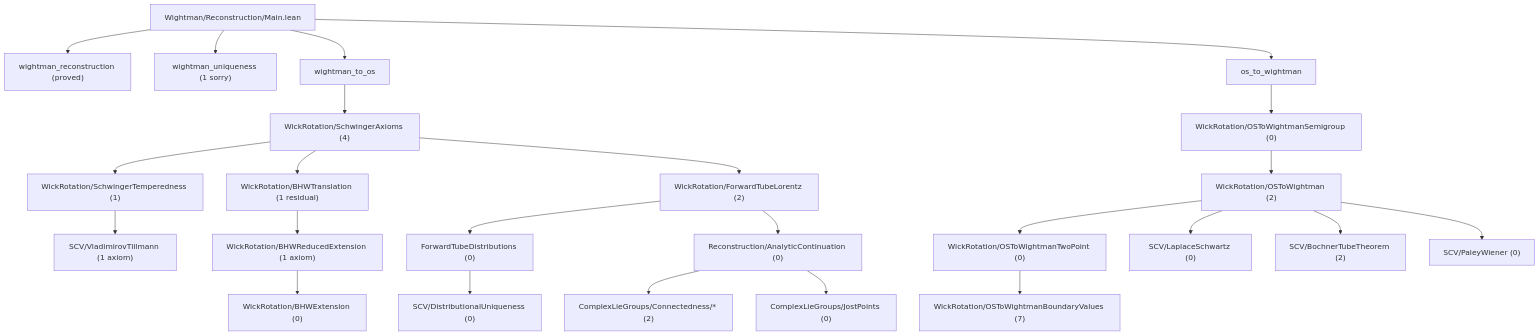
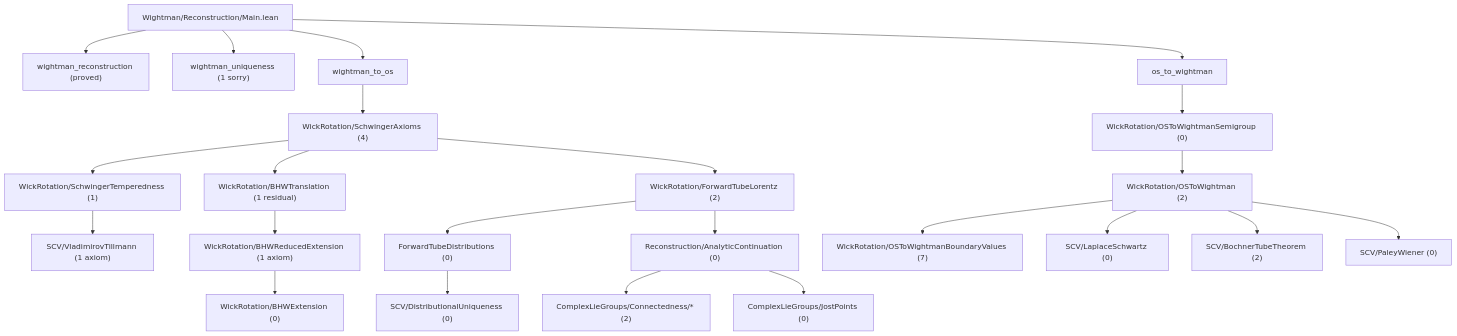
One commit to xiyin137/OSreconstruction changed the diagram in README.md. Above: the diagram before and after it, drawn with Mermaid. The commit also changed other lines of this file and 8 other files, not shown here.

````diff
--- a/README.md
+++ b/README.md
@@ -205,29 +218,28 @@
 ```mermaid
 flowchart TD
   M["Wightman/Reconstruction/Main.lean"]
   M --> WR["wightman_reconstruction (proved)"]
   M --> WU["wightman_uniqueness (1 sorry)"]
   M --> RE["wightman_to_os"]
   M --> ER["os_to_wightman"]
 
   RE --> SA["WickRotation/SchwingerAxioms (4)"]
   SA --> ST["WickRotation/SchwingerTemperedness (1)"]
   ST --> VT["SCV/VladimirovTillmann (1 axiom)"]
   SA --> BT["WickRotation/BHWTranslation (1 residual)"]
   BT --> BR["WickRotation/BHWReducedExtension (1 axiom)"]
   BR --> BE["WickRotation/BHWExtension (0)"]
   SA --> FL["WickRotation/ForwardTubeLorentz (2)"]
   FL --> FTD["ForwardTubeDistributions (0)"]
   FTD --> DU["SCV/DistributionalUniqueness (0)"]
   FL --> AC["Reconstruction/AnalyticContinuation (0)"]
   AC --> CL["ComplexLieGroups/Connectedness/* (2)"]
   AC --> JP["ComplexLieGroups/JostPoints (0)"]
 
   ER --> OWS["WickRotation/OSToWightmanSemigroup (0)"]
   OWS --> OWC["WickRotation/OSToWightman (2)"]
-  OWC --> OWT["WickRotation/OSToWightmanTwoPoint (0)"]
-  OWT --> OWB["WickRotation/OSToWightmanBoundaryValues (7)"]
+  OWC --> OWB["WickRotation/OSToWightmanBoundaryValues (7)"]
   OWC --> LS["SCV/LaplaceSchwartz (0)"]
   OWC --> BO["SCV/BochnerTubeTheorem (2)"]
   OWC --> PW["SCV/PaleyWiener (0)"]
 ```
````
